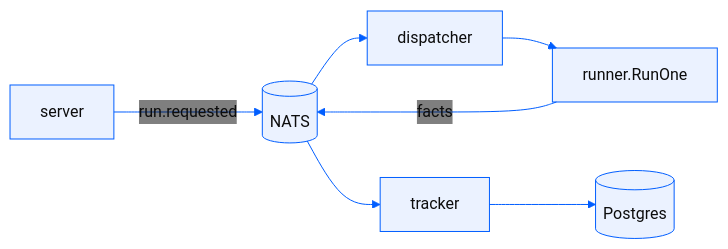
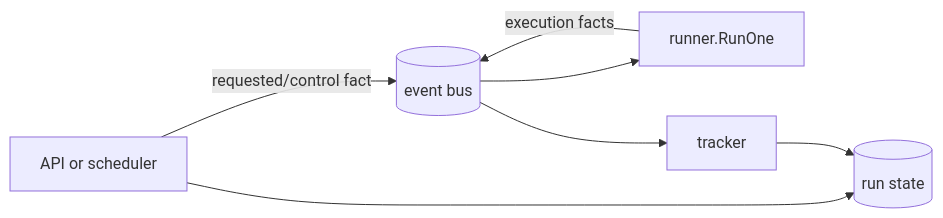
Before and after one commit to galaxy-io/filament: the diagram in docs/pages/guides/concepts/architecture.mdx, drawn with Mermaid. The commit also changed other lines of this file and 47 other files, not shown here.

````diff
--- a/docs/pages/guides/concepts/architecture.mdx
+++ b/docs/pages/guides/concepts/architecture.mdx
@@ -69,21 +67,9 @@
 ```mermaid
-%%{init: {"theme": "base", "themeVariables": {
-  "primaryColor": "#005EFF14",
-  "primaryTextColor": "#0D0D0D",
-  "primaryBorderColor": "#005EFF",
-  "lineColor": "#005EFF",
-  "secondaryColor": "#005EFF14",
-  "tertiaryColor": "#005EFF14",
-  "labelTextColor": "#3D7BFF",
-  "edgeLabelColor": "#3D7BFF",
-  "edgeLabelBackground": "#00000000",
-  "fontFamily": "ABC Diatype, sans-serif"
-}}}%%
 flowchart LR
-    S[server] -- "run.requested" --> B[(NATS)]
-    B --> D[dispatcher]
-    D --> R["runner.RunOne"]
-    R -- facts --> B
-    B --> T[tracker]
-    T --> P[(Postgres)]
+    API[API or scheduler] --> State[(run state)]
+    API -- requested/control fact --> Bus[(event bus)]
+    Bus --> Runner[runner.RunOne]
+    Runner -- execution facts --> Bus
+    Bus --> Tracker[tracker]
+    Tracker --> State
 ```
````
